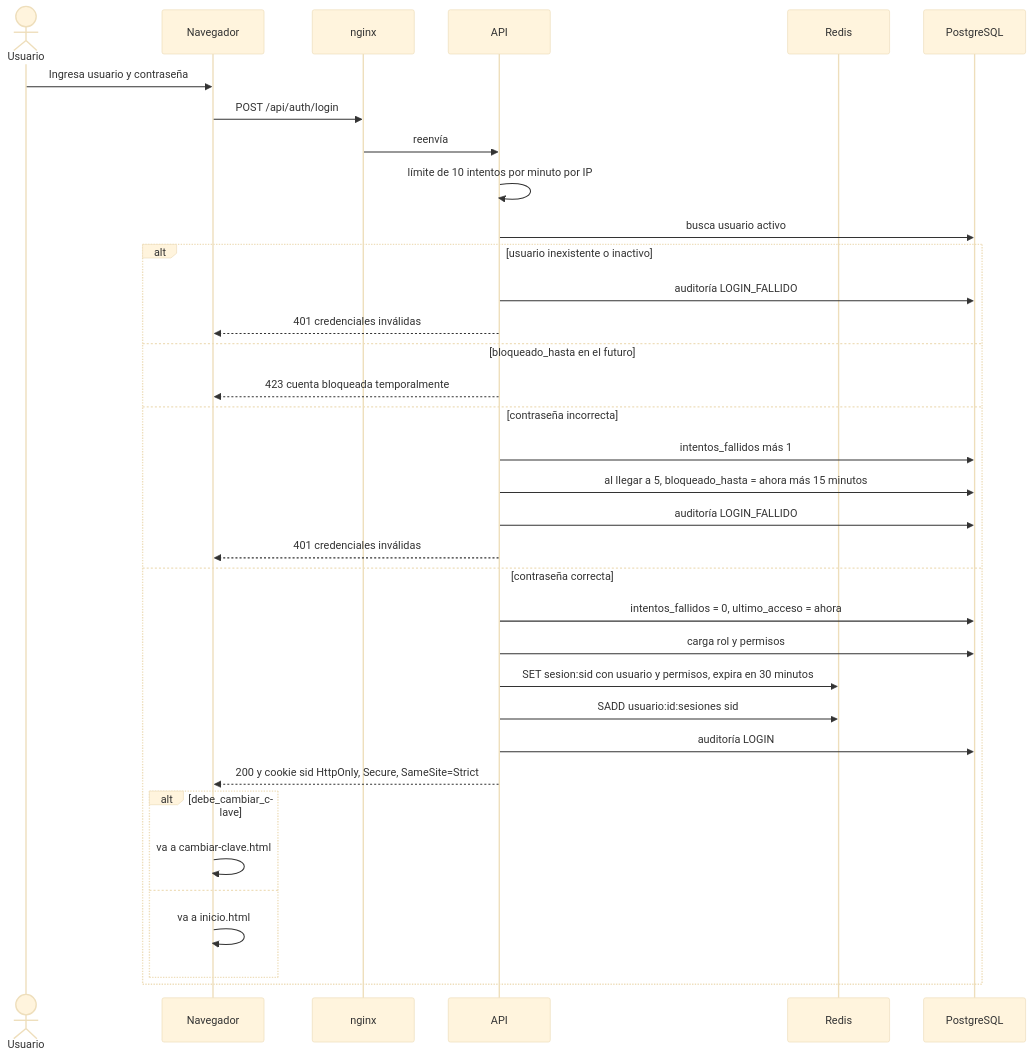
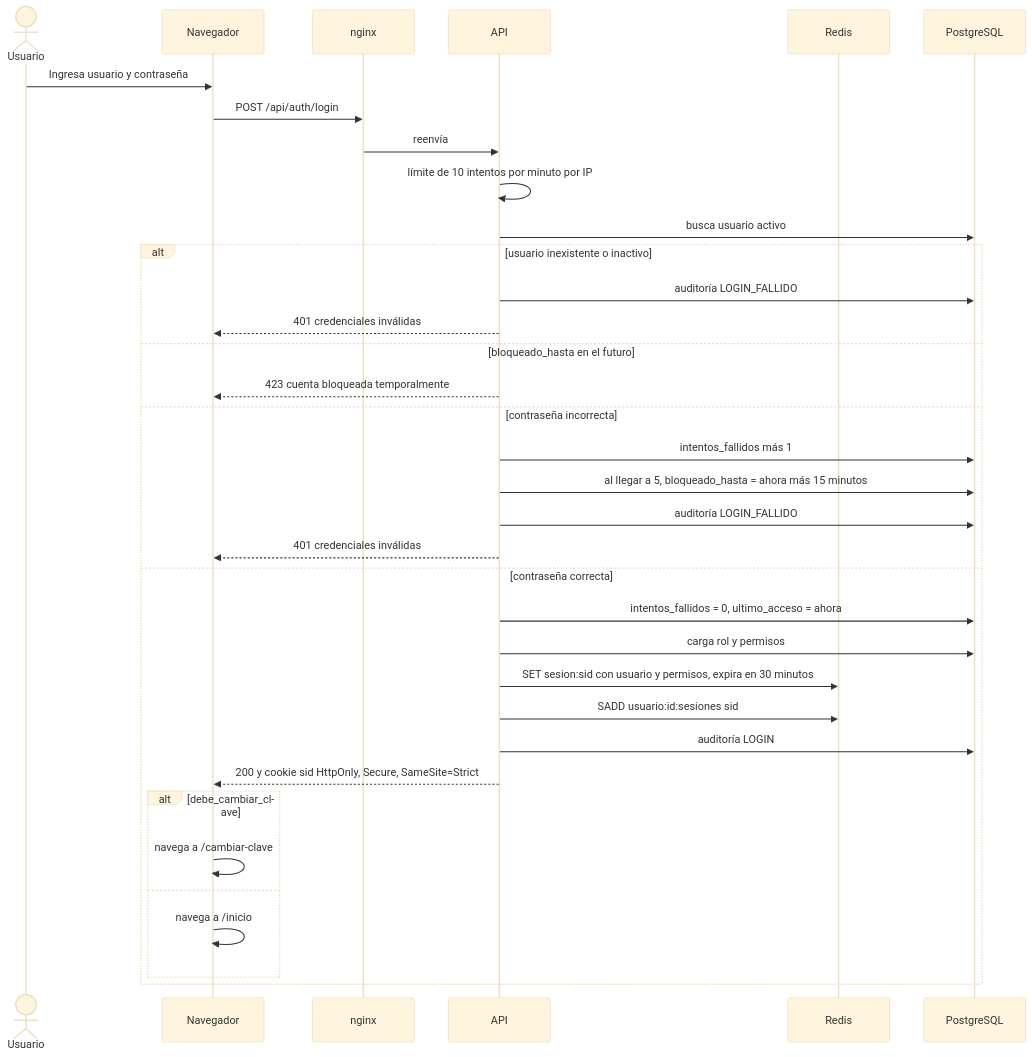
One commit to Jose27luis/legajo changed the ninth of 21 diagrams in README.md. Above: the diagram before and after it, drawn with Mermaid (base theme). The commit also changed other lines of this file, not shown here.

````diff
--- a/README.md
+++ b/README.md
@@ -735,38 +763,38 @@
 ```mermaid
 sequenceDiagram
     actor U as Usuario
     participant N as Navegador
     participant X as nginx
     participant A as API
     participant R as Redis
     participant P as PostgreSQL
 
     U->>N: Ingresa usuario y contraseña
     N->>X: POST /api/auth/login
     X->>A: reenvía
     A->>A: límite de 10 intentos por minuto por IP
     A->>P: busca usuario activo
     alt usuario inexistente o inactivo
         A->>P: auditoría LOGIN_FALLIDO
         A-->>N: 401 credenciales inválidas
     else bloqueado_hasta en el futuro
         A-->>N: 423 cuenta bloqueada temporalmente
     else contraseña incorrecta
         A->>P: intentos_fallidos más 1
         A->>P: al llegar a 5, bloqueado_hasta = ahora más 15 minutos
         A->>P: auditoría LOGIN_FALLIDO
         A-->>N: 401 credenciales inválidas
     else contraseña correcta
         A->>P: intentos_fallidos = 0, ultimo_acceso = ahora
         A->>P: carga rol y permisos
         A->>R: SET sesion:sid con usuario y permisos, expira en 30 minutos
         A->>R: SADD usuario:id:sesiones sid
         A->>P: auditoría LOGIN
         A-->>N: 200 y cookie sid HttpOnly, Secure, SameSite=Strict
         alt debe_cambiar_clave
-            N->>N: va a cambiar-clave.html
+            N->>N: navega a /cambiar-clave
         else
-            N->>N: va a inicio.html
+            N->>N: navega a /inicio
         end
     end
 ```
````
